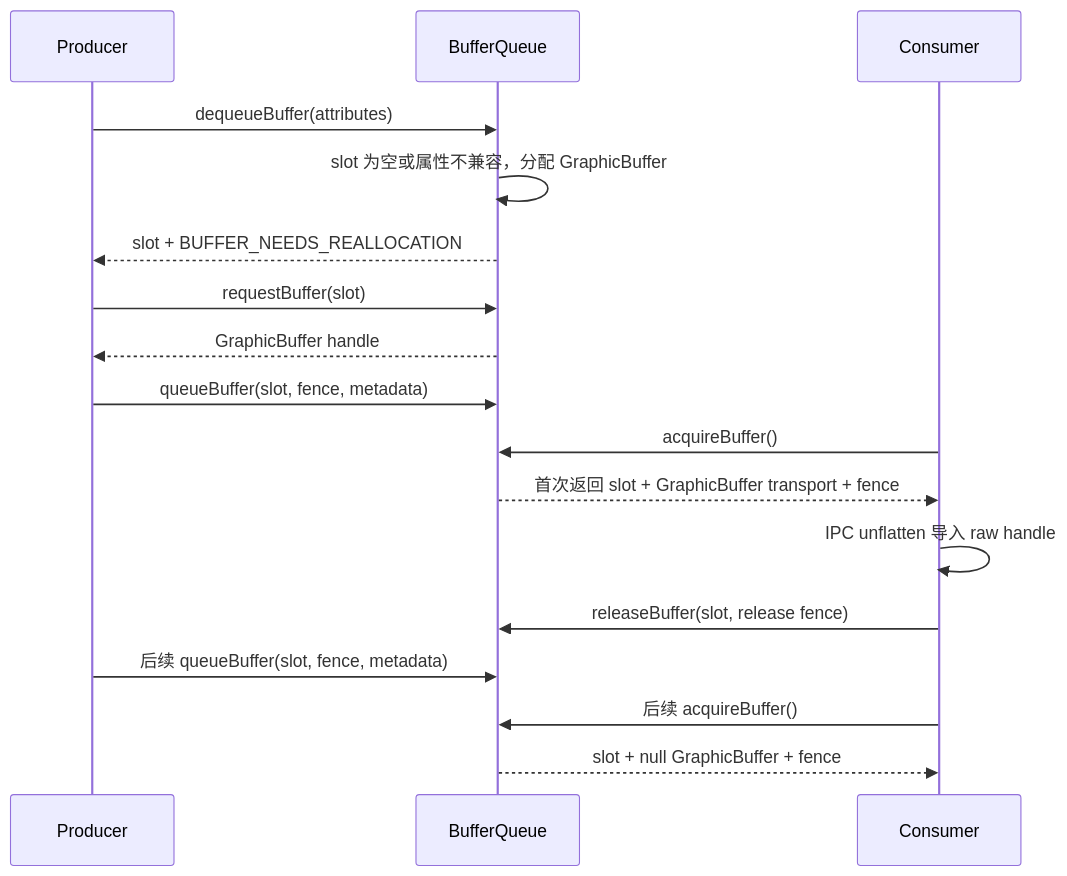
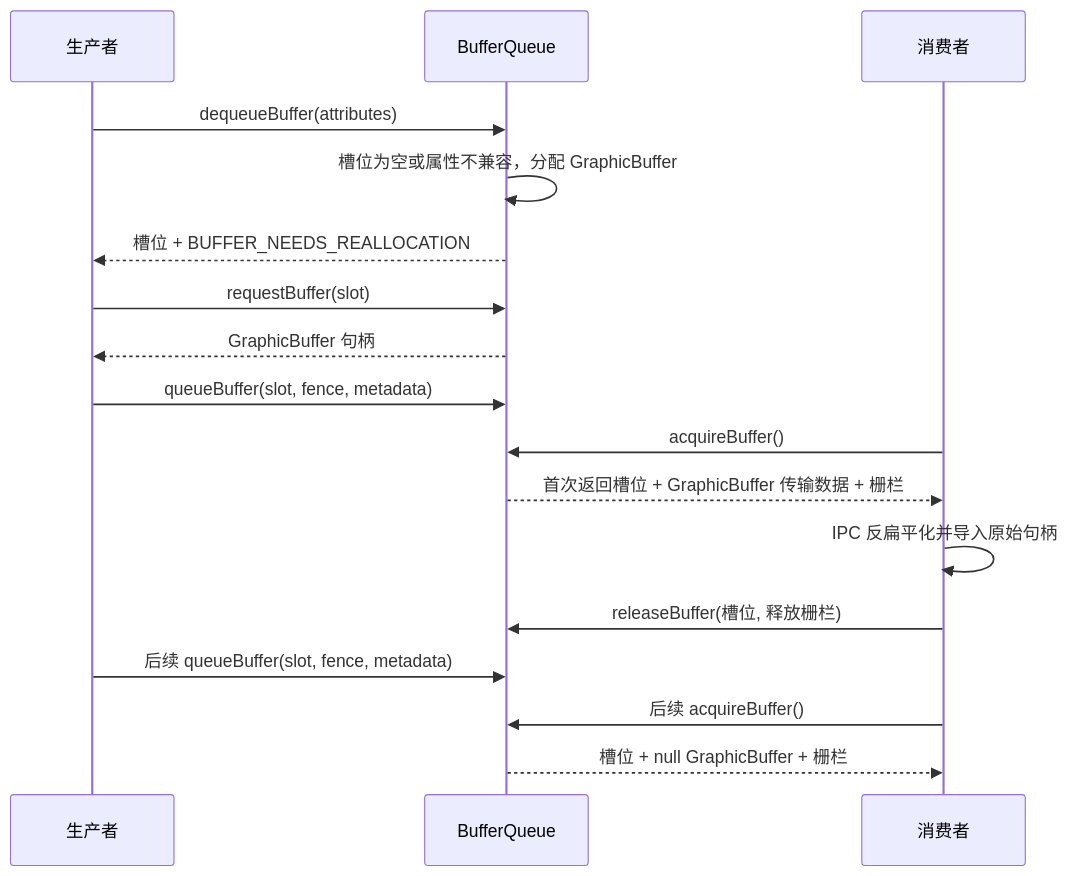
The second of 2 diagrams in src/part1-fundamentals/ch02-rendering/15-dmabuf-gralloc.md (Gracker/android-internals-wiki), drawn with Mermaid before and after one commit. The commit also changed other lines of this file and 4 other files, not shown here.

````diff
--- a/src/part1-fundamentals/ch02-rendering/15-dmabuf-gralloc.md
+++ b/src/part1-fundamentals/ch02-rendering/15-dmabuf-gralloc.md
@@ -324,20 +324,20 @@
 ```mermaid
 sequenceDiagram
-    participant P as Producer
+    participant P as 生产者
     participant BQ as BufferQueue
-    participant C as Consumer
+    participant C as 消费者
 
     P->>BQ: dequeueBuffer(attributes)
-    BQ->>BQ: slot 为空或属性不兼容，分配 GraphicBuffer
-    BQ-->>P: slot + BUFFER_NEEDS_REALLOCATION
+    BQ->>BQ: 槽位为空或属性不兼容，分配 GraphicBuffer
+    BQ-->>P: 槽位 + BUFFER_NEEDS_REALLOCATION
     P->>BQ: requestBuffer(slot)
-    BQ-->>P: GraphicBuffer handle
+    BQ-->>P: GraphicBuffer 句柄
     P->>BQ: queueBuffer(slot, fence, metadata)
     C->>BQ: acquireBuffer()
-    BQ-->>C: 首次返回 slot + GraphicBuffer transport + fence
-    C->>C: IPC unflatten 导入 raw handle
-    C->>BQ: releaseBuffer(slot, release fence)
+    BQ-->>C: 首次返回槽位 + GraphicBuffer 传输数据 + 栅栏
+    C->>C: IPC 反扁平化并导入原始句柄
+    C->>BQ: releaseBuffer(槽位, 释放栅栏)
     P->>BQ: 后续 queueBuffer(slot, fence, metadata)
     C->>BQ: 后续 acquireBuffer()
-    BQ-->>C: slot + null GraphicBuffer + fence
+    BQ-->>C: 槽位 + null GraphicBuffer + 栅栏
 ```
````
